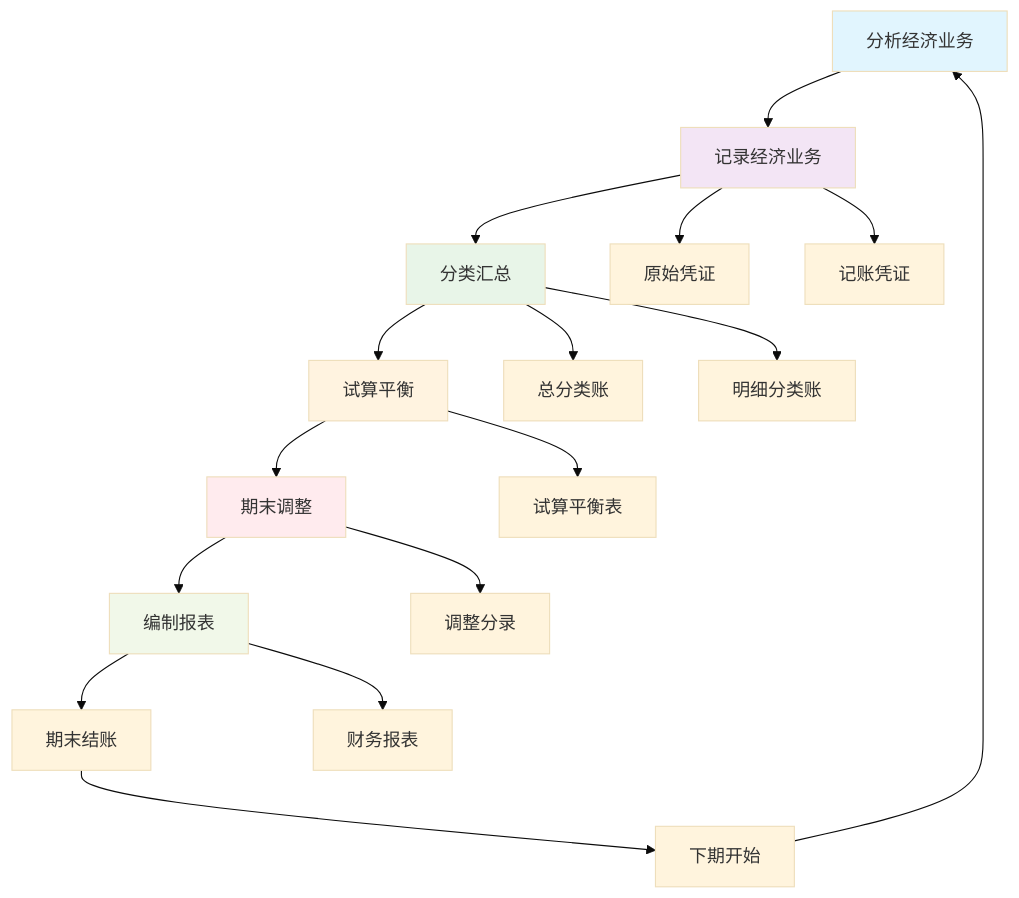
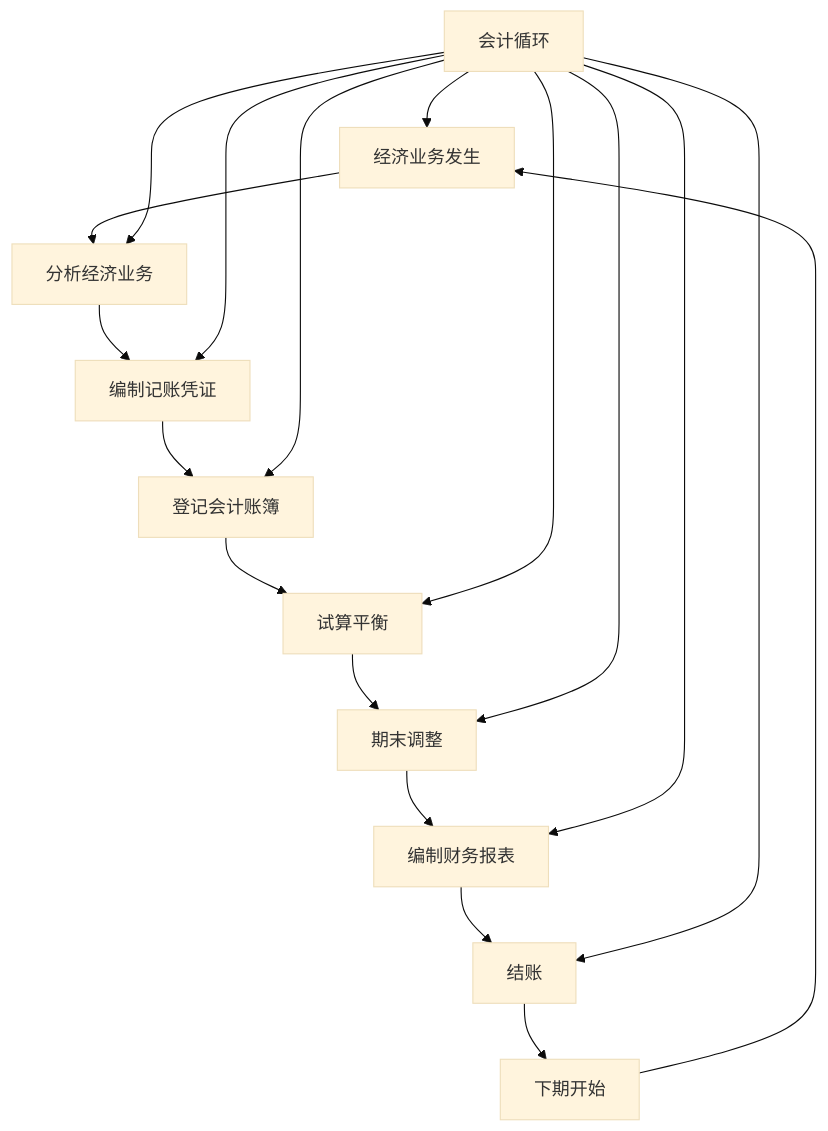
The diagram in 会计学/02-理解掌握层/会计核算基础/02-会计循环过程.md (Anping2017/obsidian), drawn with Mermaid (base theme) before and after one commit. The commit also changed other lines of this file and 22 other files, not shown here.

````diff
--- a/会计学/02-理解掌握层/会计核算基础/02-会计循环过程.md
+++ b/会计学/02-理解掌握层/会计核算基础/02-会计循环过程.md
@@ -56,30 +68,21 @@
 ```mermaid
 graph TD
-    A[分析经济业务] --> B[记录经济业务]
-    B --> C[分类汇总]
-    C --> D[试算平衡]
-    D --> E[期末调整]
-    E --> F[编制报表]
-    F --> G[期末结账]
-    G --> H[下期开始]
-    H --> A
+    A[经济业务发生] --> B[分析经济业务]
+    B --> C[编制记账凭证]
+    C --> D[登记会计账簿]
+    D --> E[试算平衡]
+    E --> F[期末调整]
+    F --> G[编制财务报表]
+    G --> H[结账]
+    H --> I[下期开始]
+    I --> A
     
-    B --> I[原始凭证]
-    B --> J[记账凭证]
-    
-    C --> K[总分类账]
-    C --> L[明细分类账]
-    
-    D --> M[试算平衡表]
-    
-    E --> N[调整分录]
-    
-    F --> O[财务报表]
-    
-    style A fill:#e1f5fe
-    style B fill:#f3e5f5
-    style C fill:#e8f5e8
-    style D fill:#fff3e0
-    style E fill:#ffebee
-    style F fill:#f1f8e9
+    J[会计循环] --> A
+    J --> B
+    J --> C
+    J --> D
+    J --> E
+    J --> F
+    J --> G
+    J --> H
 ```
````
